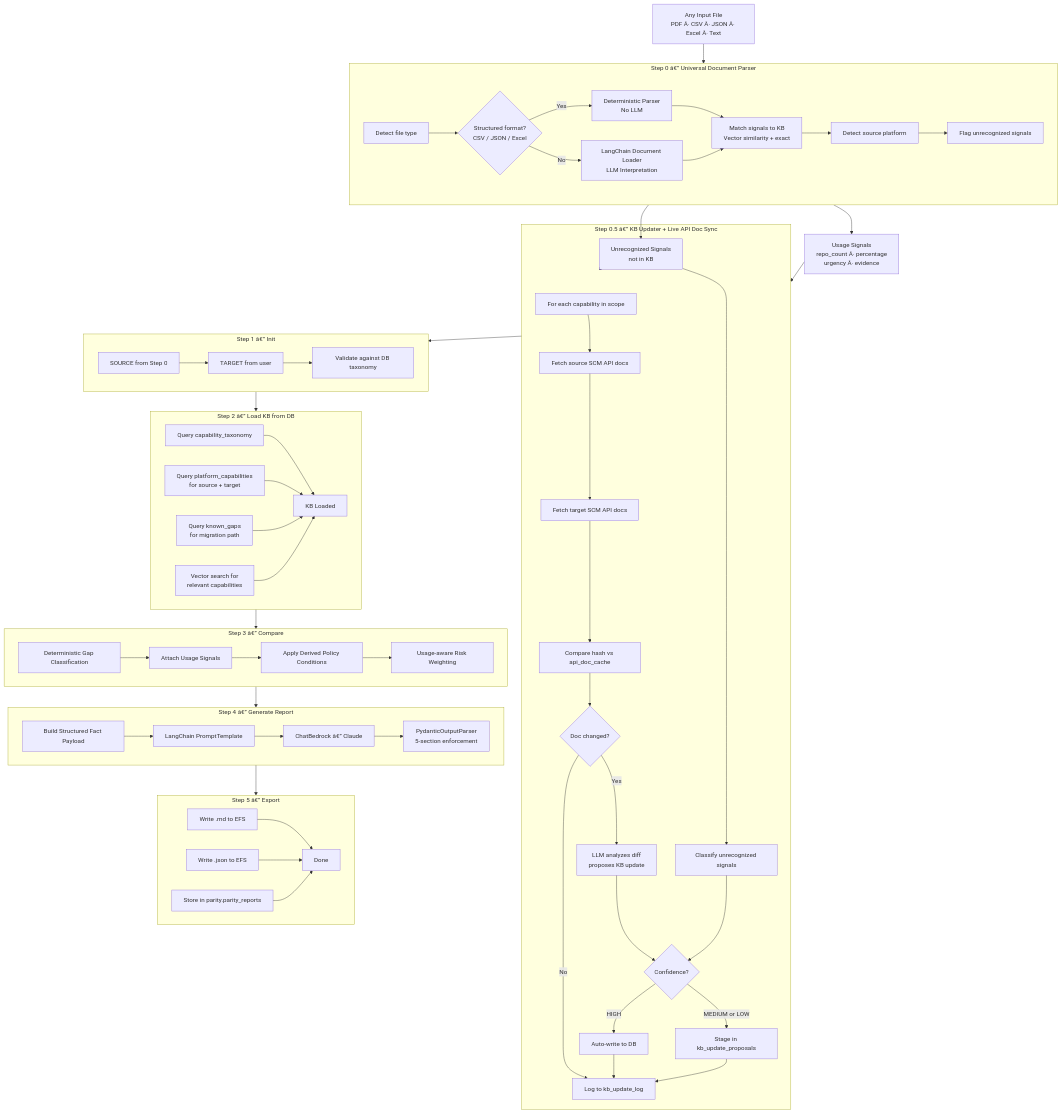
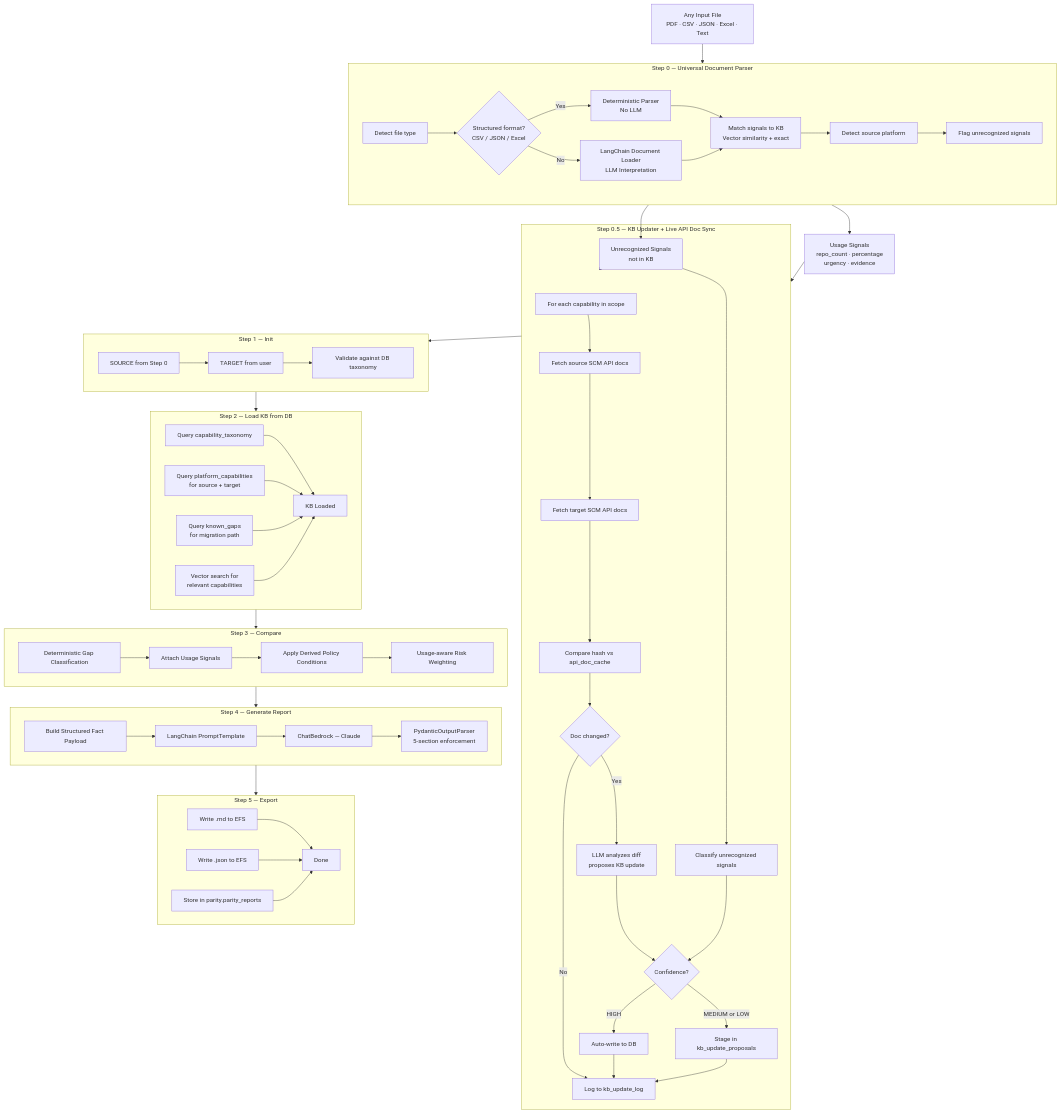
One commit to K-REVANTH/Git-Lift changed the first of 6 diagrams in 14-08-2026/Final_Plan.md. Above: the diagram before and after it, drawn with Mermaid. The commit also changed other lines of this file, not shown here.

````diff
--- a/14-08-2026/Final_Plan.md
+++ b/14-08-2026/Final_Plan.md
@@ -168,8 +159,8 @@
 ```mermaid
 flowchart TD
-    INPUT[Any Input File\nPDF Â· CSV Â· JSON Â· Excel Â· Text] --> STEP0
+    INPUT[Any Input File\nPDF · CSV · JSON · Excel · Text] --> STEP0
 
-    subgraph STEP0["Step 0 â€” Universal Document Parser"]
+    subgraph STEP0["Step 0 — Universal Document Parser"]
         S0A[Detect file type]
         S0B{Structured format?\nCSV / JSON / Excel}
         S0C[Deterministic Parser\nNo LLM]
@@ -185,13 +176,13 @@
         S0E --> S0F --> S0G
     end
 
-    STEP0 --> US[Usage Signals\nrepo_count Â· percentage\nurgency Â· evidence]
+    STEP0 --> US[Usage Signals\nrepo_count · percentage\nurgency · evidence]
     STEP0 --> UC[Unrecognized Signals\nnot in KB]
 
     UC --> STEP05
     US --> STEP05
 
-    subgraph STEP05["Step 0.5 â€” KB Updater + Live API Doc Sync"]
+    subgraph STEP05["Step 0.5 — KB Updater + Live API Doc Sync"]
         K0[For each capability in scope]
         K1[Fetch source SCM API docs]
         K2[Fetch target SCM API docs]
@@ -213,14 +204,14 @@
 
     STEP05 --> STEP1
 
-    subgraph STEP1["Step 1 â€” Init"]
+    subgraph STEP1["Step 1 — Init"]
         I1[SOURCE from Step 0]
         I2[TARGET from user]
         I3[Validate against DB taxonomy]
         I1 --> I2 --> I3
     end
 
-    subgraph STEP2["Step 2 â€” Load KB from DB"]
+    subgraph STEP2["Step 2 — Load KB from DB"]
         L1[Query capability_taxonomy]
         L2[Query platform_capabilities\nfor source + target]
         L3[Query known_gaps\nfor migration path]
@@ -228,7 +219,7 @@
         L1 & L2 & L3 & L4 --> L5[KB Loaded]
     end
 
-    subgraph STEP3["Step 3 â€” Compare"]
+    subgraph STEP3["Step 3 — Compare"]
         C1[Deterministic Gap Classification]
         C2[Attach Usage Signals]
         C3[Apply Derived Policy Conditions]
@@ -236,15 +227,15 @@
         C1 --> C2 --> C3 --> C4
     end
 
-    subgraph STEP4["Step 4 â€” Generate Report"]
+    subgraph STEP4["Step 4 — Generate Report"]
         G1[Build Structured Fact Payload]
         G2[LangChain PromptTemplate]
-        G3[ChatBedrock â€” Claude]
+        G3[ChatBedrock — Claude]
         G4[PydanticOutputParser\n5-section enforcement]
         G1 --> G2 --> G3 --> G4
     end
 
-    subgraph STEP5["Step 5 â€” Export"]
+    subgraph STEP5["Step 5 — Export"]
         E1[Write .md to EFS]
         E2[Write .json to EFS]
         E3[Store in parity.parity_reports]
````
